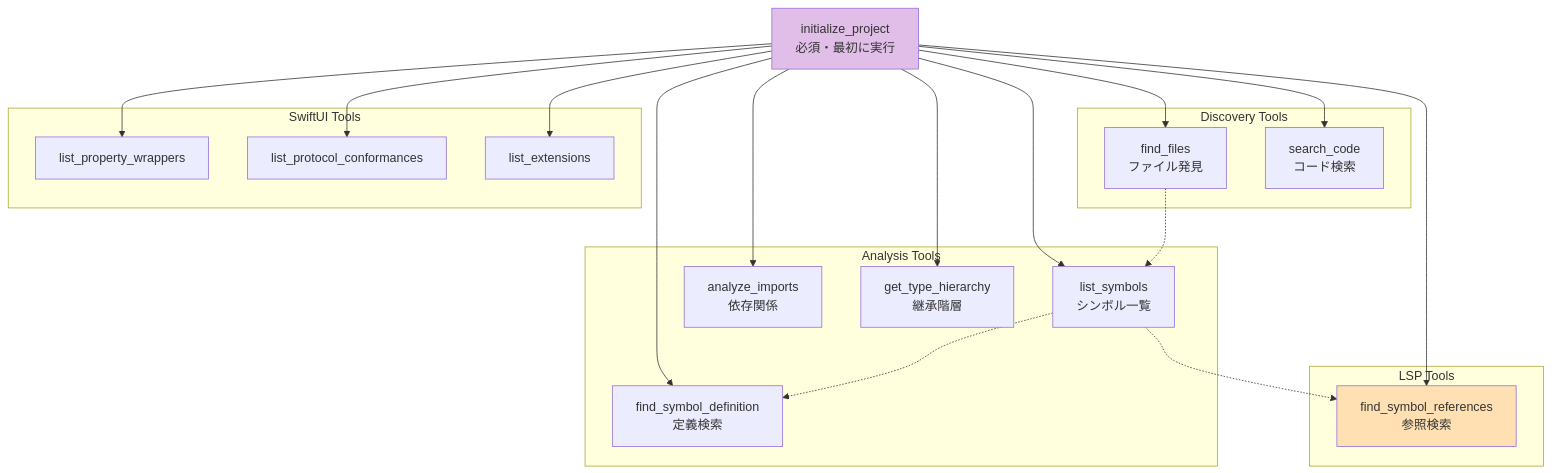
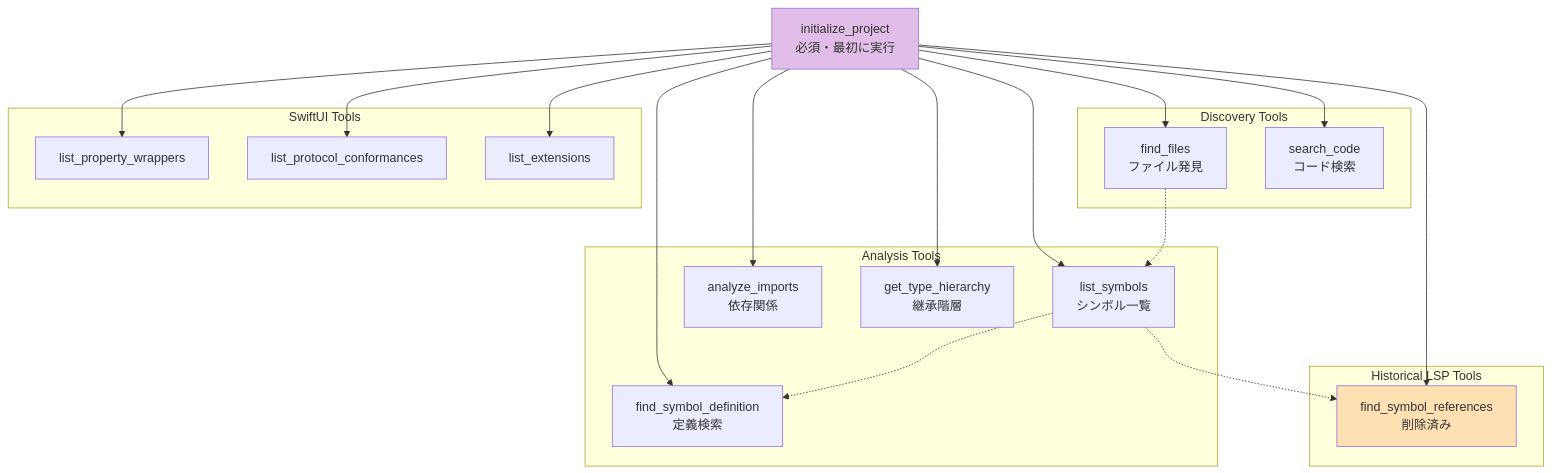
The fourth of 27 diagrams in project/main/design/DES-103_Tool_Implementation_Design.md (BlueEventHorizon/Swift-Selena), drawn with Mermaid before and after one commit. The commit also changed other lines of this file and 16 other files, not shown here.

````diff
--- a/project/main/design/DES-103_Tool_Implementation_Design.md
+++ b/project/main/design/DES-103_Tool_Implementation_Design.md
@@ -132,44 +132,44 @@
 ```mermaid
 graph TB
     Init[initialize_project<br/>必須・最初に実行]
 
     subgraph DiscoveryTools["Discovery Tools"]
         FF[find_files<br/>ファイル発見]
         SC[search_code<br/>コード検索]
     end
 
     subgraph AnalysisTools["Analysis Tools"]
         LS[list_symbols<br/>シンボル一覧]
         FSD[find_symbol_definition<br/>定義検索]
         AI[analyze_imports<br/>依存関係]
         GTH[get_type_hierarchy<br/>継承階層]
     end
 
     subgraph SwiftUITools["SwiftUI Tools"]
         LPW[list_property_wrappers]
         LPC[list_protocol_conformances]
         LE[list_extensions]
     end
 
-    subgraph LSPTools["LSP Tools"]
-        FSR[find_symbol_references<br/>参照検索]
+    subgraph HistoricalLSPTools["Historical LSP Tools"]
+        FSR[find_symbol_references<br/>削除済み]
     end
 
     Init --> FF
     Init --> SC
     Init --> LS
     Init --> FSD
     Init --> AI
     Init --> GTH
     Init --> LPW
     Init --> LPC
     Init --> LE
     Init --> FSR
 
     FF -.-> LS
     LS -.-> FSD
     LS -.-> FSR
 
     style Init fill:#e1bee7
     style FSR fill:#ffe0b2
 ```
````
